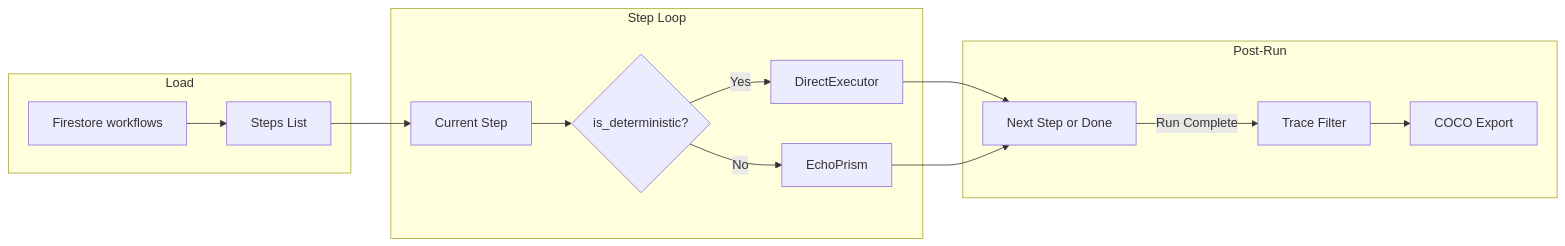
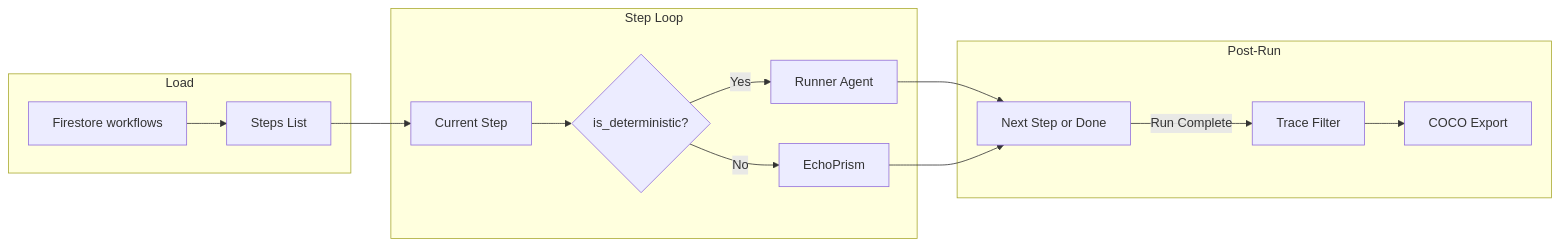
The second of 5 diagrams in backend/agent/docs/ARCHITECTURE.md (JasonMun7/Echo), drawn with Mermaid before and after one commit. The commit also changed other lines of this file and 27 other files, not shown here.

````diff
--- a/backend/agent/docs/ARCHITECTURE.md
+++ b/backend/agent/docs/ARCHITECTURE.md
@@ -66,30 +67,30 @@
 ```mermaid
 flowchart LR
     subgraph Load ["Load"]
         FirestoreNode["Firestore workflows"]
         StepsNode["Steps List"]
         FirestoreNode --> StepsNode
     end
 
     subgraph Loop ["Step Loop"]
         StepNode["Current Step"]
         Deterministic{"is_deterministic?"}
-        DirectNode["DirectExecutor"]
+        RunnerNode["Runner Agent"]
         EchoPrismLoop["EchoPrism"]
         StepNode --> Deterministic
-        Deterministic -->|Yes| DirectNode
+        Deterministic -->|Yes| RunnerNode
         Deterministic -->|No| EchoPrismLoop
     end
 
     subgraph PostRun ["Post-Run"]
         TraceFilterNode["Trace Filter"]
         COCOExportNode["COCO Export"]
-        DirectNode --> NextStepNode
+        RunnerNode --> NextStepNode
         EchoPrismLoop --> NextStepNode
         NextStepNode["Next Step or Done"]
         NextStepNode -->|Run Complete| TraceFilterNode
         TraceFilterNode --> COCOExportNode
     end
 
     StepsNode --> StepNode
 ```
````
